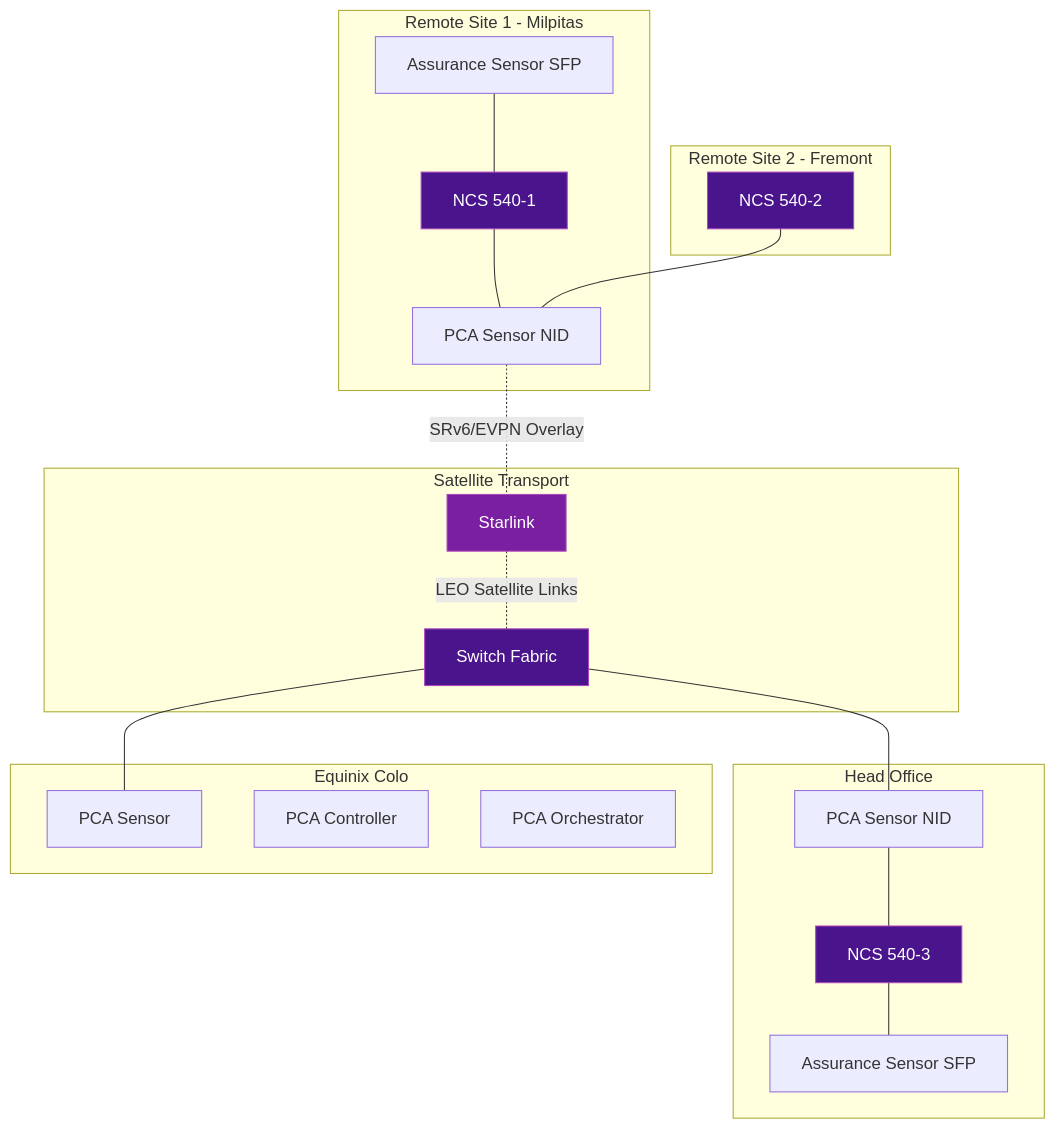
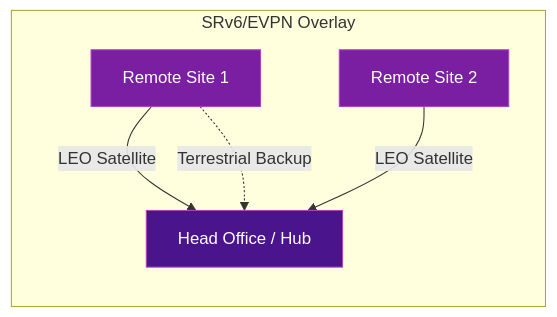
One commit to eldaninavas/srv6.md changed the diagram in docs/use-cases/satellite-connectivity.md. Above: the diagram before and after it, drawn with Mermaid. The commit also changed other lines of this file, not shown here.

Commit message:
Rewrite satellite page to be vendor-neutral and generic

````diff
--- a/docs/use-cases/satellite-connectivity.md
+++ b/docs/use-cases/satellite-connectivity.md
@@ -21,36 +34,16 @@
 ```mermaid
-graph TB
-    subgraph Remote Site 1 - Milpitas
-        A1[Assurance Sensor SFP] --- NCS1[NCS 540-1]
-        NCS1 --- PCA1[PCA Sensor NID]
+graph LR
+    RS1[Remote Site 1] -->|LEO Satellite| HQ[Head Office / Hub]
+    RS2[Remote Site 2] -->|LEO Satellite| HQ
+    RS1 -.->|Terrestrial Backup| HQ
+
+    subgraph SRv6/EVPN Overlay
+        RS1
+        RS2
+        HQ
     end
 
-    subgraph Remote Site 2 - Fremont
-        NCS2[NCS 540-2] --- PCA1
-    end
-
-    subgraph Satellite Transport
-        PCA1 -.-|SRv6/EVPN Overlay| SAT[Starlink]
-        SAT -.-|LEO Satellite Links| SW[Switch Fabric]
-    end
-
-    subgraph Head Office
-        SW --- PCA2[PCA Sensor NID]
-        PCA2 --- NCS3[NCS 540-3]
-        NCS3 --- A2[Assurance Sensor SFP]
-    end
-
-    subgraph Equinix Colo
-        PCA_S[PCA Sensor]
-        PCA_C[PCA Controller]
-        PCA_O[PCA Orchestrator]
-    end
-
-    SW --- PCA_S
-
-    style SAT fill:#7b1fa2,color:#fff,stroke:#ab47bc
-    style NCS1 fill:#4a148c,color:#fff,stroke:#ab47bc
-    style NCS2 fill:#4a148c,color:#fff,stroke:#ab47bc
-    style NCS3 fill:#4a148c,color:#fff,stroke:#ab47bc
-    style SW fill:#4a148c,color:#fff,stroke:#ab47bc
+    style RS1 fill:#7b1fa2,color:#fff,stroke:#ab47bc
+    style RS2 fill:#7b1fa2,color:#fff,stroke:#ab47bc
+    style HQ fill:#4a148c,color:#fff,stroke:#ab47bc
 ```
````
